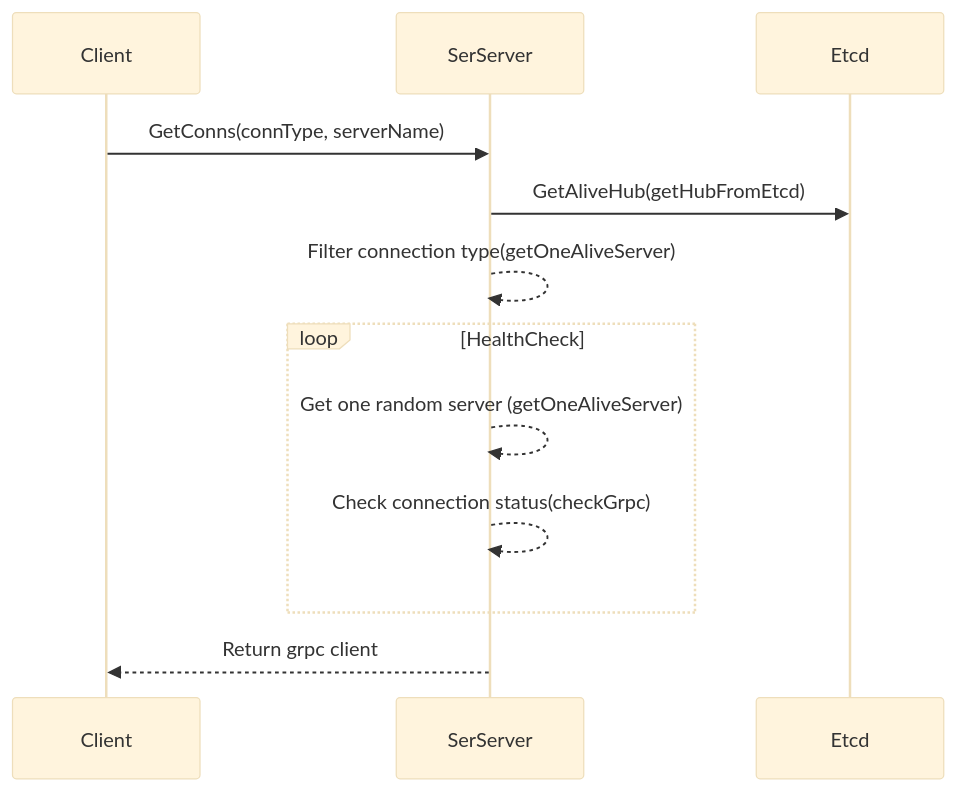
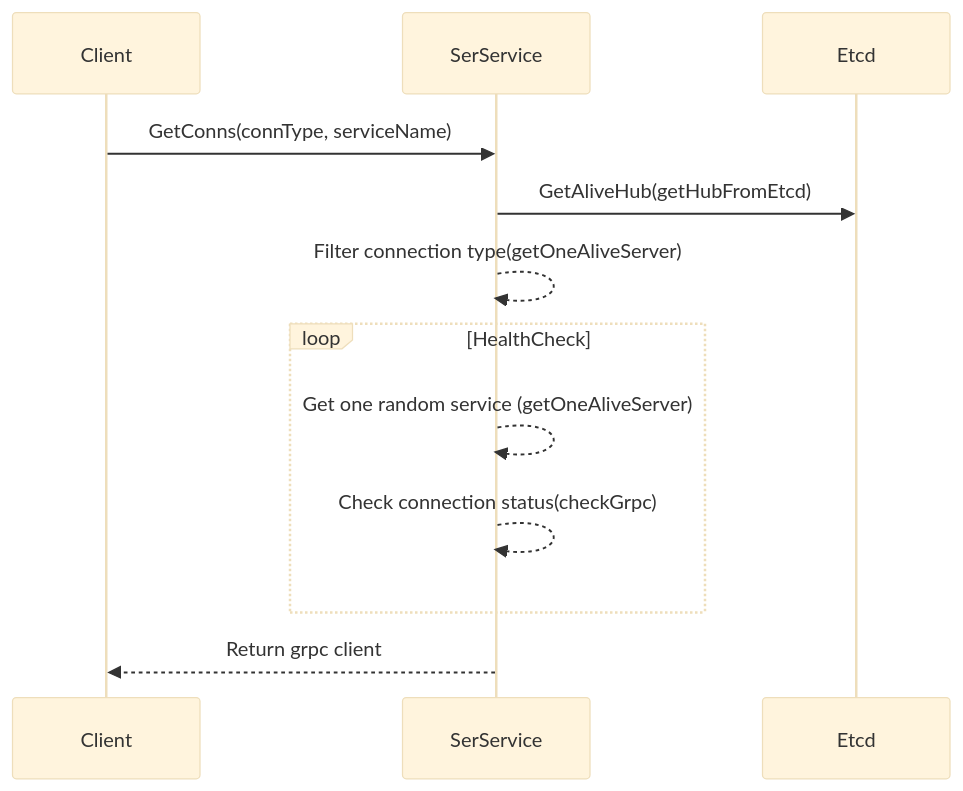
The fourth of 4 diagrams in README.md (cruvie/kk_etcd_go), drawn with Mermaid (base theme) before and after one commit. The commit also changed other lines of this file and 116 other files, not shown here.

Commit message:
replace server to service

````diff
--- a/README.md
+++ b/README.md
@@ -136,11 +136,11 @@
 ```mermaid
 sequenceDiagram
-    Client ->> SerServer: GetConns(connType, serverName)
-    SerServer ->> Etcd: GetAliveHub(getHubFromEtcd)
-    SerServer -->> SerServer: Filter connection type(getOneAliveServer)
+    Client ->> SerService: GetConns(connType, serviceName)
+    SerService ->> Etcd: GetAliveHub(getHubFromEtcd)
+    SerService -->> SerService: Filter connection type(getOneAliveServer)
     loop HealthCheck
-        SerServer -->> SerServer: Get one random server (getOneAliveServer)
-        SerServer -->> SerServer: Check connection status(checkGrpc)
+        SerService -->> SerService: Get one random service (getOneAliveServer)
+        SerService -->> SerService: Check connection status(checkGrpc)
     end
-    SerServer -->> Client: Return grpc client
+    SerService -->> Client: Return grpc client
 ```
````
